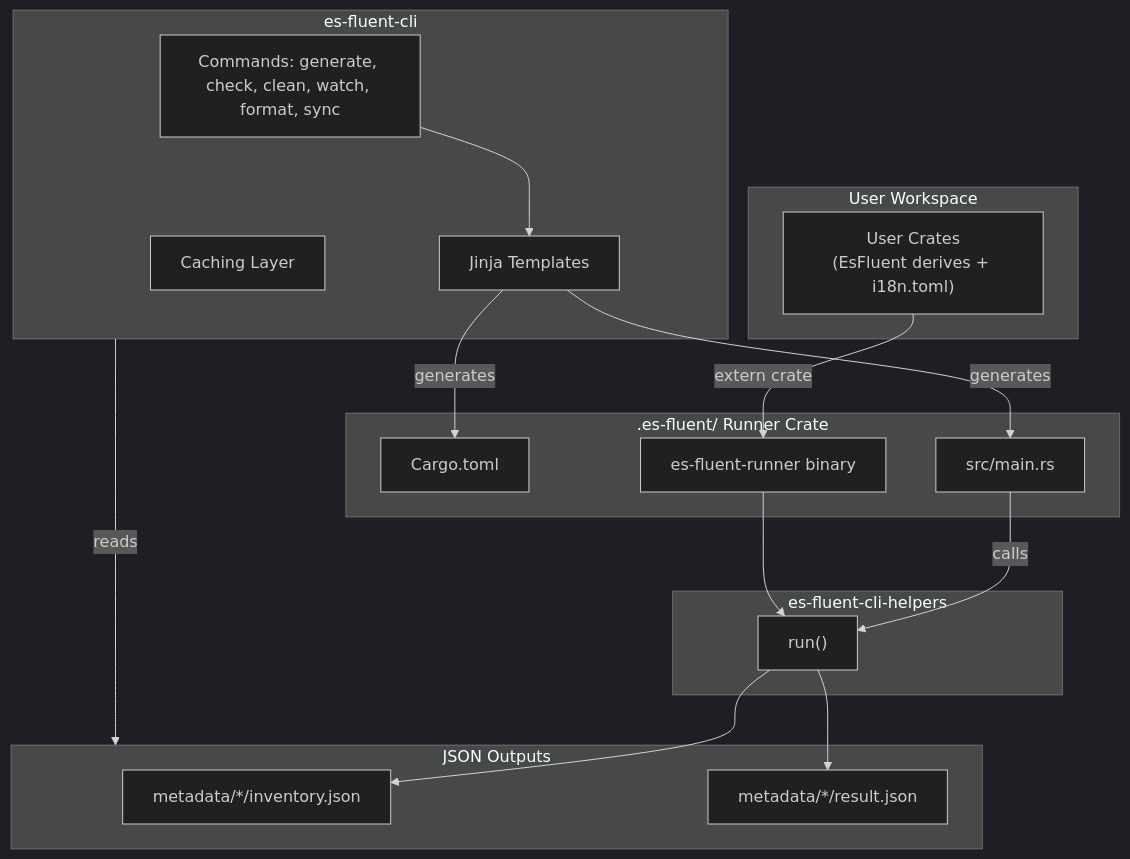
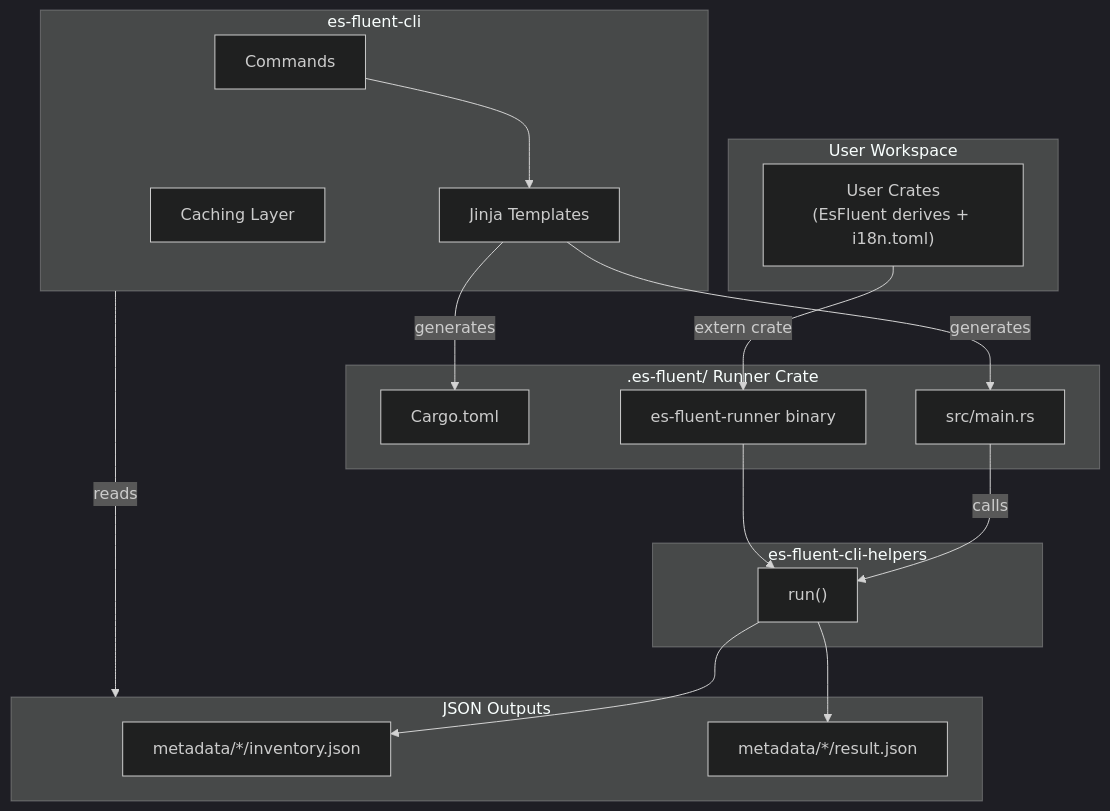
The first of 3 diagrams in crates/es-fluent-cli/docs/ARCHITECTURE.md (stayhydated/es-fluent), drawn with Mermaid (dark theme) before and after one commit. The commit also changed other lines of this file and 9 other files, not shown here.

````diff
--- a/crates/es-fluent-cli/docs/ARCHITECTURE.md
+++ b/crates/es-fluent-cli/docs/ARCHITECTURE.md
@@ -11,36 +11,36 @@
 ```mermaid
 flowchart TD
     subgraph USER["User Workspace"]
         UC["User Crates<br/>(EsFluent derives + i18n.toml)"]
     end
 
     subgraph CLI["es-fluent-cli"]
-        CMD[Commands: generate, check, clean, watch, format, sync]
+        CMD[Commands]
         JINJA[Jinja Templates]
         CACHE[Caching Layer]
     end
 
     subgraph RUNNER[".es-fluent/ Runner Crate"]
         CARGO[Cargo.toml]
         MAIN[src/main.rs]
         BIN[es-fluent-runner binary]
     end
 
     subgraph HELPERS_BOX["es-fluent-cli-helpers"]
         HELPERS["run()"]
     end
 
     subgraph OUTPUT["JSON Outputs"]
         INV[metadata/*/inventory.json]
         RES[metadata/*/result.json]
     end
 
     CMD --> JINJA
     JINJA -->|generates| CARGO
     JINJA -->|generates| MAIN
     MAIN -->|calls| HELPERS
     UC -->|extern crate| BIN
     BIN --> HELPERS
     HELPERS --> INV & RES
     CLI -->|reads| OUTPUT
 ```
````
